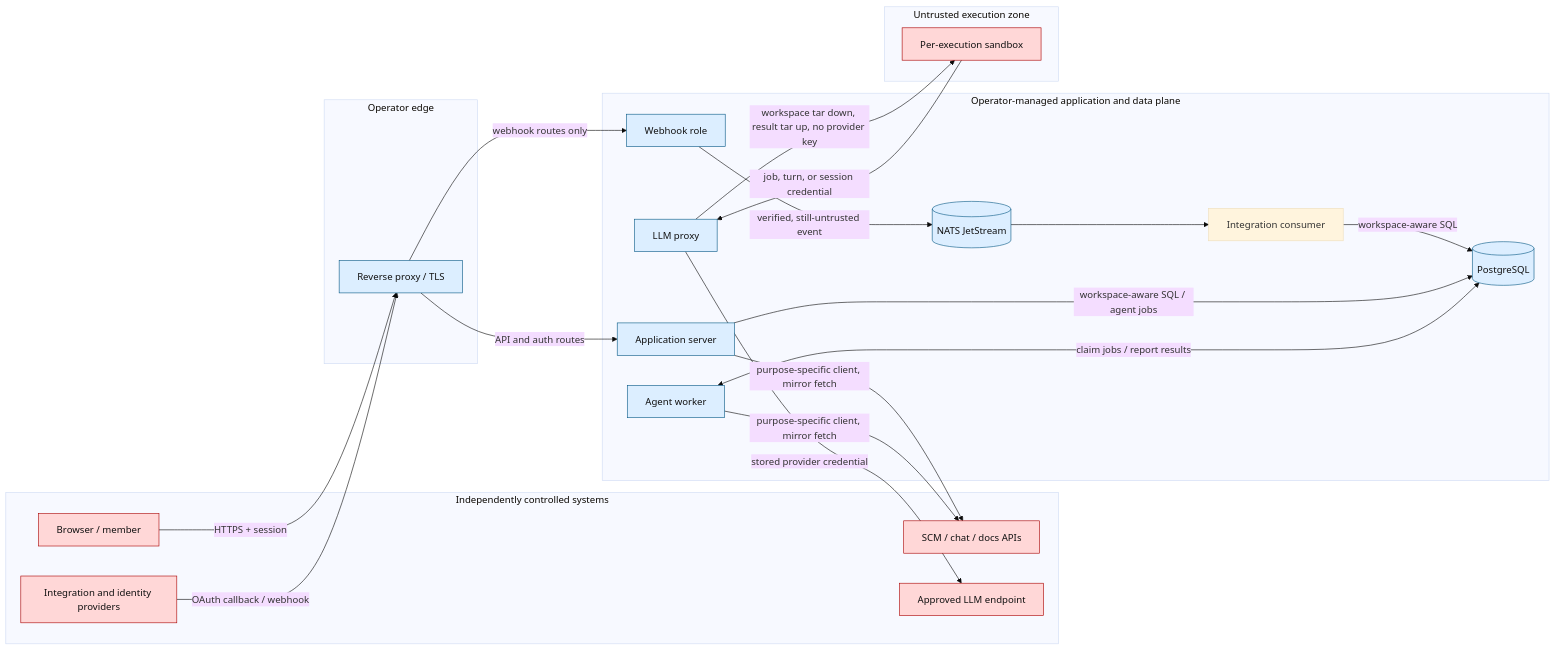
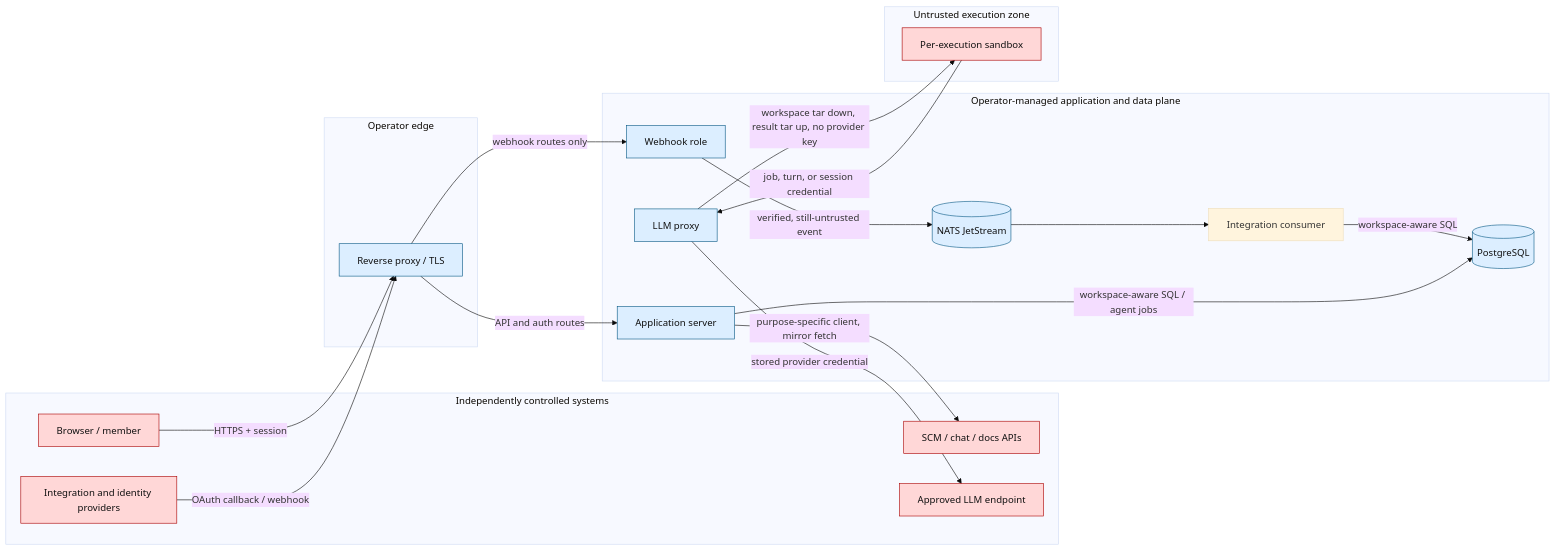
Before and after one commit to hephaestus-build/Hephaestus: the diagram in docs/admin/threat-model.mdx, drawn with Mermaid (base theme). The commit also changed other lines of this file and 522 other files, not shown here.

````diff
--- a/docs/admin/threat-model.mdx
+++ b/docs/admin/threat-model.mdx
@@ -39,50 +39,47 @@
 ```mermaid
 flowchart LR
 accTitle: Hephaestus security data flow
-accDescr: The diagram separates independently controlled systems, the operator edge, the Hephaestus application and data plane, and untrusted sandbox execution. Users and providers cross the edge into application and webhook roles. Verified events enter JetStream, services access PostgreSQL, sandboxes exchange inputs, results and model requests with the worker's sandbox gateway, and the server and worker fetch repository mirrors from the SCM provider in-process.
+accDescr: The diagram separates independently controlled systems, the operator edge, the Hephaestus application and data plane, and untrusted sandbox execution. Users and providers cross the edge into application and webhook roles. Verified events enter JetStream, services access PostgreSQL, sandboxes exchange inputs, results and model requests with the server's sandbox gateway, and the server fetches repository mirrors from the SCM provider in-process.
 
   subgraph INTERNET[Independently controlled systems]
     U[Browser / member]
     V[Integration and identity providers]
     X[SCM / chat / docs APIs]
     M[Approved LLM endpoint]
   end
 
   subgraph EDGE[Operator edge]
     P[Reverse proxy / TLS]
   end
 
   subgraph PLANE[Operator-managed application and data plane]
     A[Application server]
     W[Webhook role]
     I[Integration consumer]
-    C[Agent worker]
     L[LLM proxy]
     N[(NATS JetStream)]
     DB[(PostgreSQL)]
   end
 
   subgraph EXECUTION[Untrusted execution zone]
     S[Per-execution sandbox]
   end
 
   U -->|HTTPS + session| P
   V -->|OAuth callback / webhook| P
   P -->|API and auth routes| A
   P -->|webhook routes only| W
   W -->|verified, still-untrusted event| N
   N --> I
   I -->|workspace-aware SQL| DB
   A -->|workspace-aware SQL / agent jobs| DB
-  C <-->|claim jobs / report results| DB
   S -->|job, turn, or session credential| L
   L -->|workspace tar down, result tar up, no provider key| S
   L -->|stored provider credential| M
   A -->|purpose-specific client, mirror fetch| X
-  C -->|purpose-specific client, mirror fetch| X
 
   classDef external fill:#ffd7d7,stroke:#a00,color:#111
   classDef managed fill:#dceeff,stroke:#075985,color:#111
   class U,V,X,M,S external
-  class P,A,W,C,L,N,DB managed
+  class P,A,W,L,N,DB managed
 ```
````
